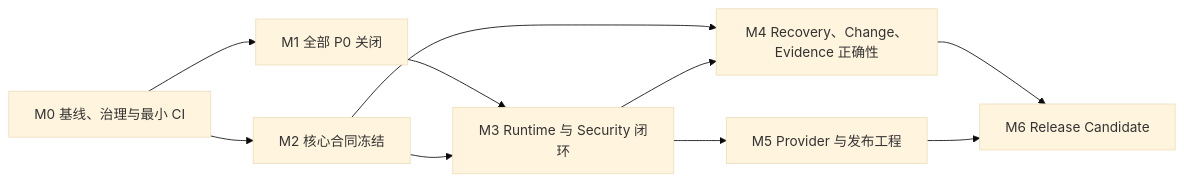
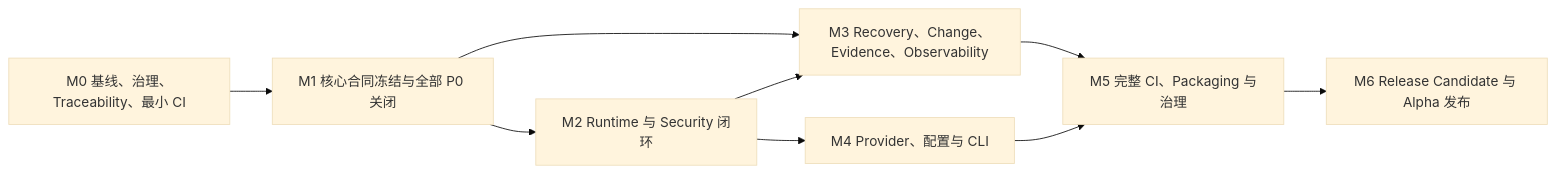
One commit to yuanchenglu/deepseek_runtime changed the diagram in docs/roadmap/open-source-readiness-plan.md. Above: the diagram before and after it, drawn with Mermaid (base theme). The commit also changed other lines of this file, not shown here.

````diff
--- a/docs/roadmap/open-source-readiness-plan.md
+++ b/docs/roadmap/open-source-readiness-plan.md
@@ -107,20 +111,19 @@
 ```mermaid
 flowchart LR
-    M0[M0 基线、治理与最小 CI]
-    M1[M1 全部 P0 关闭]
-    M2[M2 核心合同冻结]
-    M3[M3 Runtime 与 Security 闭环]
-    M4[M4 Recovery、Change、Evidence 正确性]
-    M5[M5 Provider 与发布工程]
-    M6[M6 Release Candidate]
+    M0[M0 基线、治理、Traceability、最小 CI]
+    M1[M1 核心合同冻结与全部 P0 关闭]
+    M2[M2 Runtime 与 Security 闭环]
+    M3[M3 Recovery、Change、Evidence、Observability]
+    M4[M4 Provider、配置与 CLI]
+    M5[M5 完整 CI、Packaging 与治理]
+    M6[M6 Release Candidate 与 Alpha 发布]
 
     M0 --> M1
-    M0 --> M2
+    M1 --> M2
     M1 --> M3
     M2 --> M3
     M2 --> M4
-    M3 --> M4
     M3 --> M5
-    M4 --> M6
+    M4 --> M5
     M5 --> M6
 ```
````
